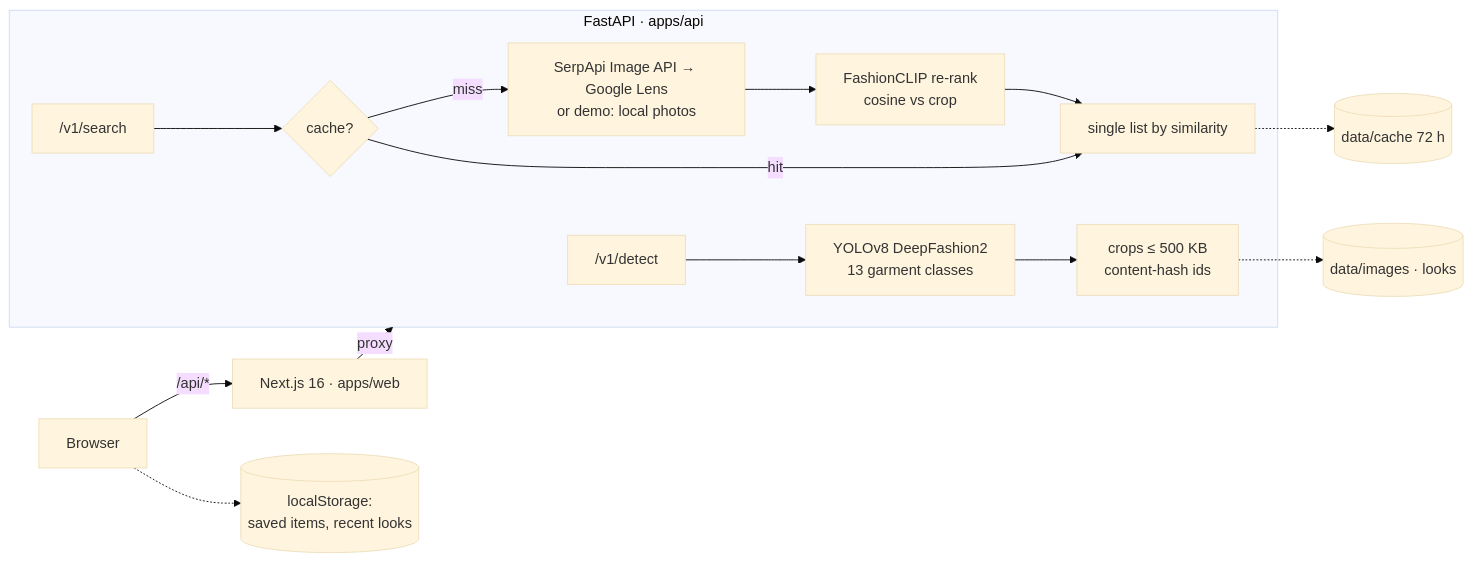
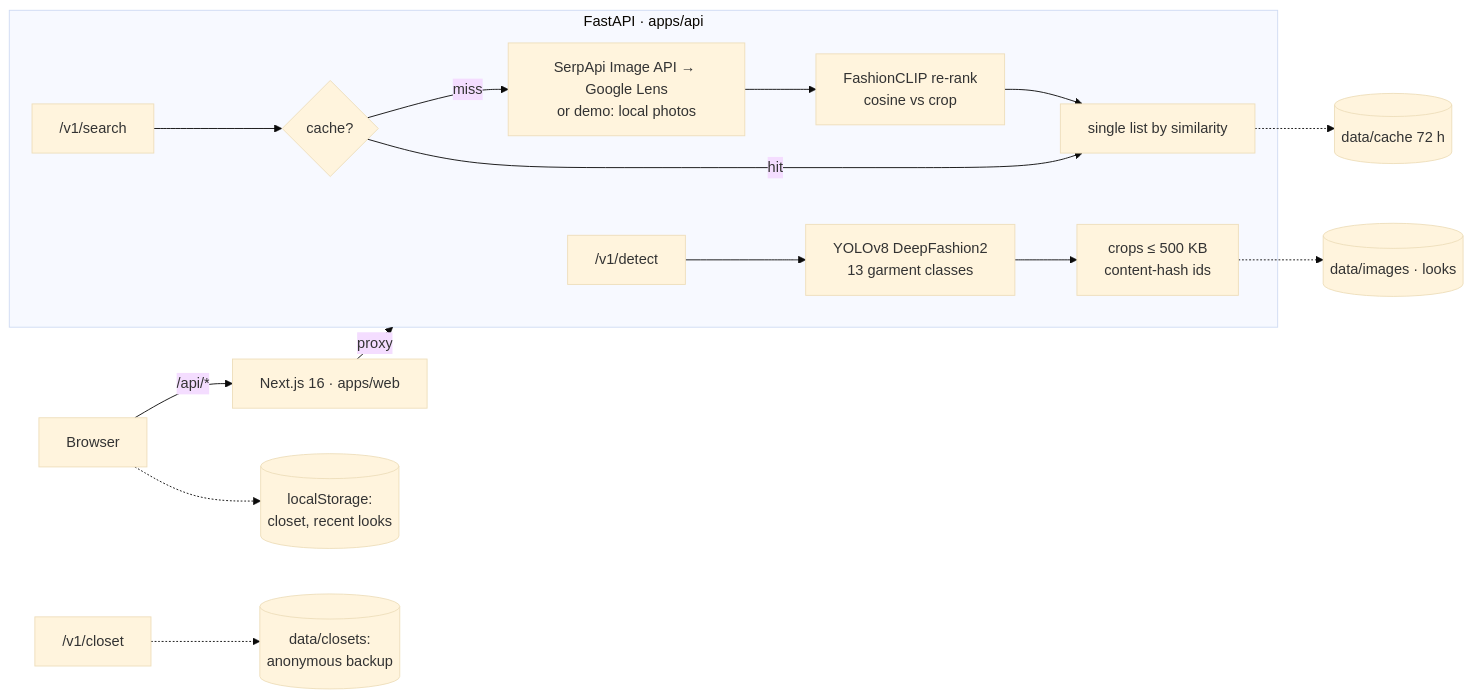
The diagram in README.md (matiasbellidor/Vibear-), drawn with Mermaid (base theme) before and after one commit. The commit also changed other lines of this file and 37 other files, not shown here.

````diff
--- a/README.md
+++ b/README.md
@@ -36,17 +37,18 @@
 ```mermaid
 flowchart LR
     B[Browser] -->|/api/*| N[Next.js 16 · apps/web]
     N -->|proxy| A
     subgraph A [FastAPI · apps/api]
         D["/v1/detect"] --> Y[YOLOv8 DeepFashion2<br/>13 garment classes]
         Y --> C[crops ≤ 500 KB<br/>content-hash ids]
         S["/v1/search"] --> K{cache?}
         K -- miss --> L[SerpApi Image API → Google Lens<br/>or demo: local photos]
         L --> E[FashionCLIP re-rank<br/>cosine vs crop]
         K -- hit --> R
         E --> R[single list by similarity]
     end
     C -.-> FS[(data/images · looks)]
     R -.-> FC[(data/cache 72 h)]
-    B -.-> LS[(localStorage:<br/>saved items, recent looks)]
+    B -.-> LS[(localStorage:<br/>closet, recent looks)]
+    CL["/v1/closet"] -.-> FK[(data/closets:<br/>anonymous backup)]
 ```
````
